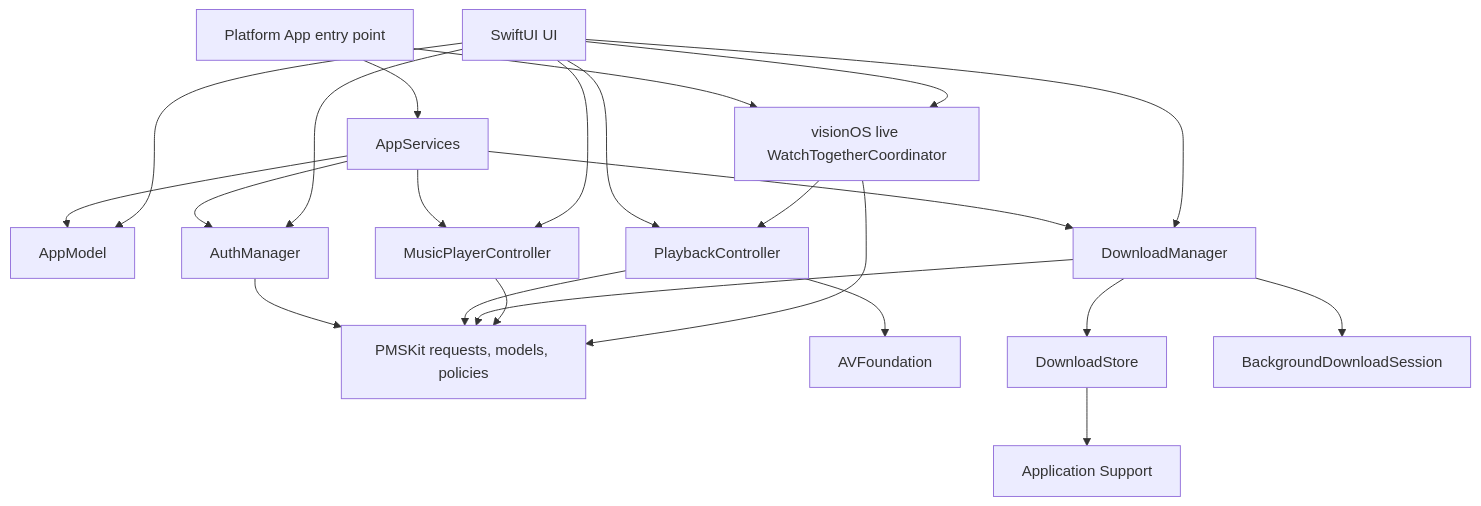
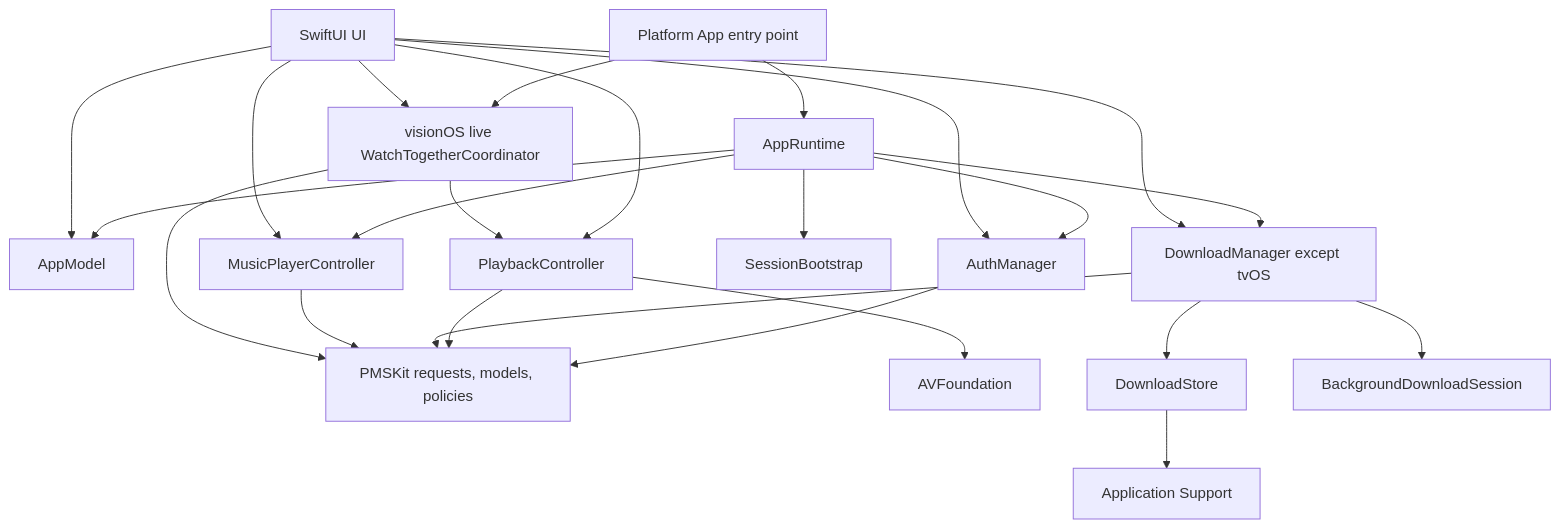
Before and after one commit to jlipworth/Labstream: the diagram in docs/ARCHITECTURE.md, drawn with Mermaid. The commit also changed other lines of this file and 303 other files, not shown here.

````diff
--- a/docs/ARCHITECTURE.md
+++ b/docs/ARCHITECTURE.md
@@ -9,30 +9,31 @@
 ```mermaid
 flowchart TD
   accTitle: App and package composition
   accDescr: Platform entry points create long-lived app services used by SwiftUI. App-owned playback, downloads, music, and SharePlay use PMSKit policies and requests while retaining their own framework and persistence effects.
-  Entry[Platform App entry point] --> Services[AppServices]
-  Services --> Model[AppModel]
-  Services --> Auth[AuthManager]
-  Services --> Downloads[DownloadManager]
-  Services --> Music[MusicPlayerController]
+  Entry[Platform App entry point] --> Runtime[AppRuntime]
+  Runtime --> Model[AppModel]
+  Runtime --> Auth[AuthManager]
+  Runtime --> Downloads[DownloadManager except tvOS]
+  Runtime --> Music[MusicPlayerController]
+  Runtime --> Bootstrap[SessionBootstrap]
   Entry --> SharePlay[visionOS live WatchTogetherCoordinator]
 
   UI[SwiftUI UI] --> Model
   UI --> Auth
   UI --> Downloads
   UI --> Music
   UI --> Player[PlaybackController]
   UI --> SharePlay
   SharePlay --> Player
 
   Auth --> PMSKit[PMSKit requests, models, policies]
   Player --> PMSKit
   Downloads --> PMSKit
   Music --> PMSKit
   SharePlay --> PMSKit
 
   Player --> AV[AVFoundation]
   Downloads --> Store[DownloadStore]
   Downloads --> BG[BackgroundDownloadSession]
   Store --> Files[Application Support]
 ```
````
